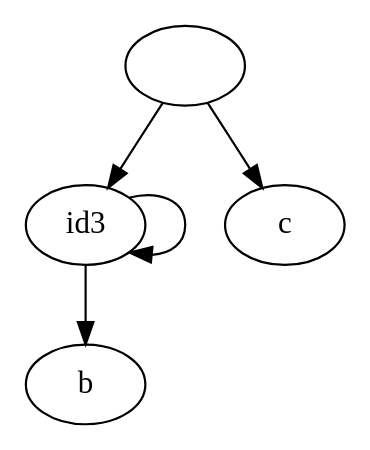
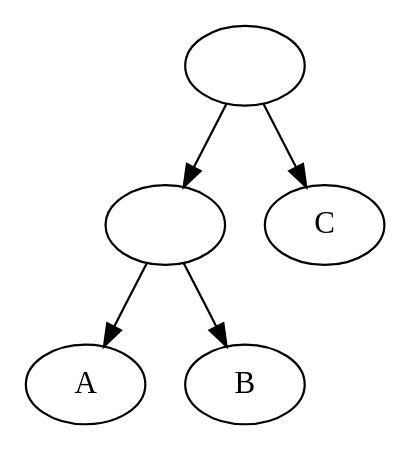
One commit to iharnoor/PhylogeneticsWebsite changed the diagram in ParsingTxt/ParentheticalToDot/actualLabels.dot. Above: the diagram before and after it, drawn with Graphviz. The commit also changed 18 other files, not shown here.

```diff
--- a/ParsingTxt/ParentheticalToDot/actualLabels.dot
+++ b/ParsingTxt/ParentheticalToDot/actualLabels.dot
@@ -1,11 +1,11 @@
 digraph G {
 id5[label=""];
 id3[label=""];
-id3[label="id3"];
-id3 ->  id3
-b[label="b"];
-id3 ->  b
+A[label="A"];
+id3 ->  A
+B[label="B"];
+id3 ->  B
 id5 ->  id3
-c[label="c"];
-id5 ->  c
+C[label="C"];
+id5 ->  C
 }
```
